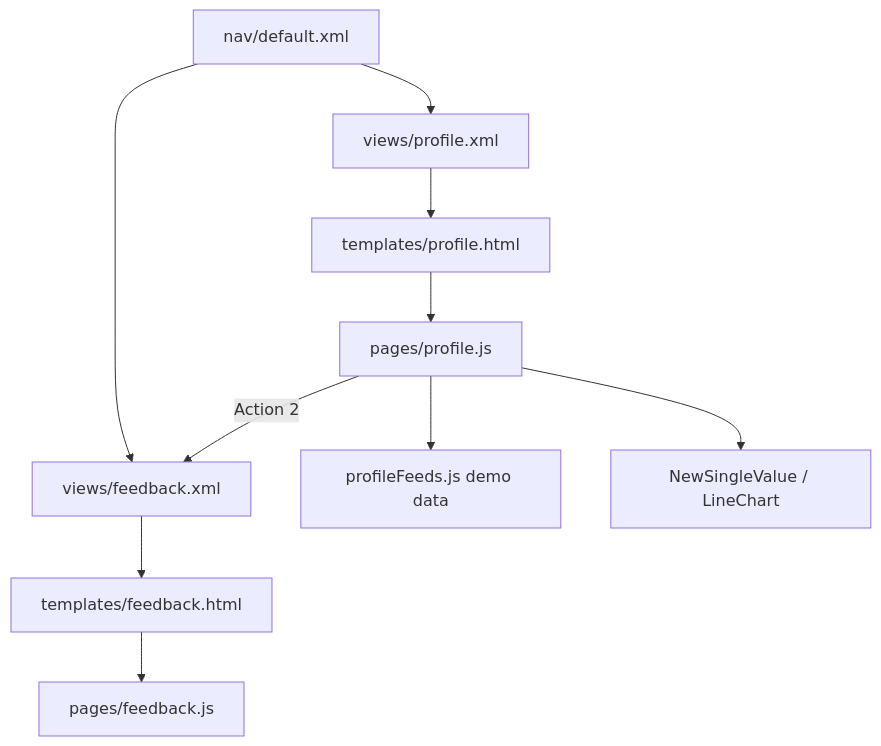
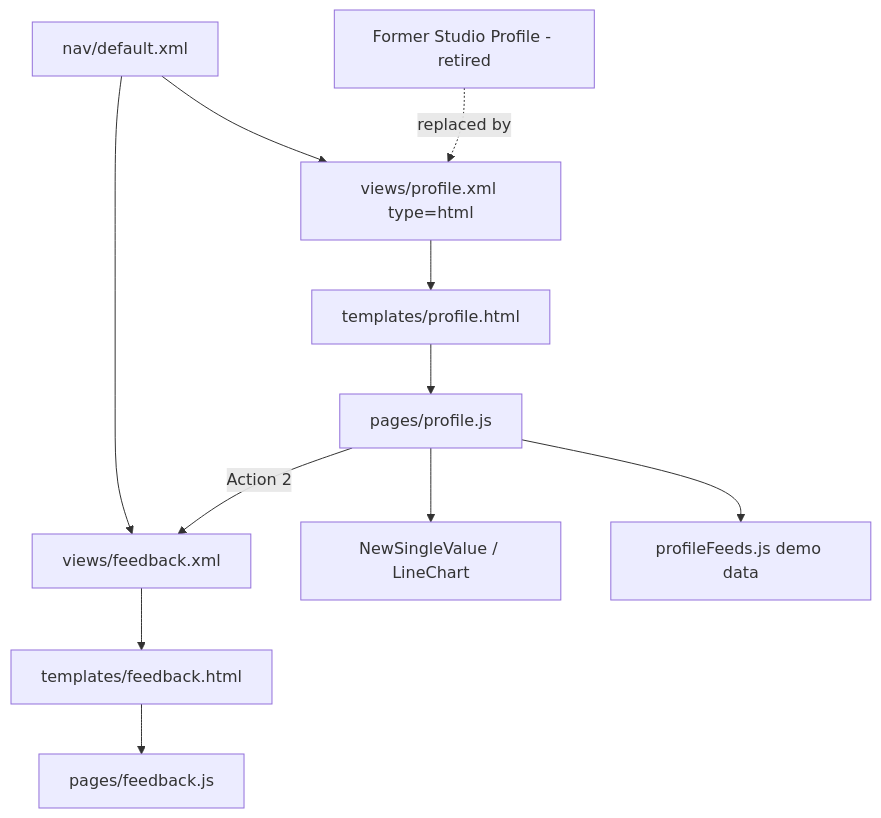
Before and after one commit to bleeclark/splunkStuff: the diagram in packages/splunk-one/PROFILE-REACT-APP-TDD.md, drawn with Mermaid. The commit also changed other lines of this file and 28 other files, not shown here.

````diff
--- a/packages/splunk-one/PROFILE-REACT-APP-TDD.md
+++ b/packages/splunk-one/PROFILE-REACT-APP-TDD.md
@@ -75,20 +79,22 @@
 ```mermaid
 flowchart TB
   nav[nav/default.xml]
-  profileView[views/profile.xml]
+  studioX[Former Studio Profile - retired]
+  profileView[views/profile.xml type=html]
   feedbackView[views/feedback.xml]
   profileTpl[templates/profile.html]
   feedbackTpl[templates/feedback.html]
   profileJs[pages/profile.js]
   feedbackJs[pages/feedback.js]
   feeds[profileFeeds.js demo data]
   viz[NewSingleValue / LineChart]
 
+  studioX -.->|replaced by| profileView
   nav --> profileView
   nav --> feedbackView
   profileView --> profileTpl --> profileJs
   feedbackView --> feedbackTpl --> feedbackJs
   profileJs --> feeds
   profileJs --> viz
   profileJs -->|"Action 2"| feedbackView
 ```
````
